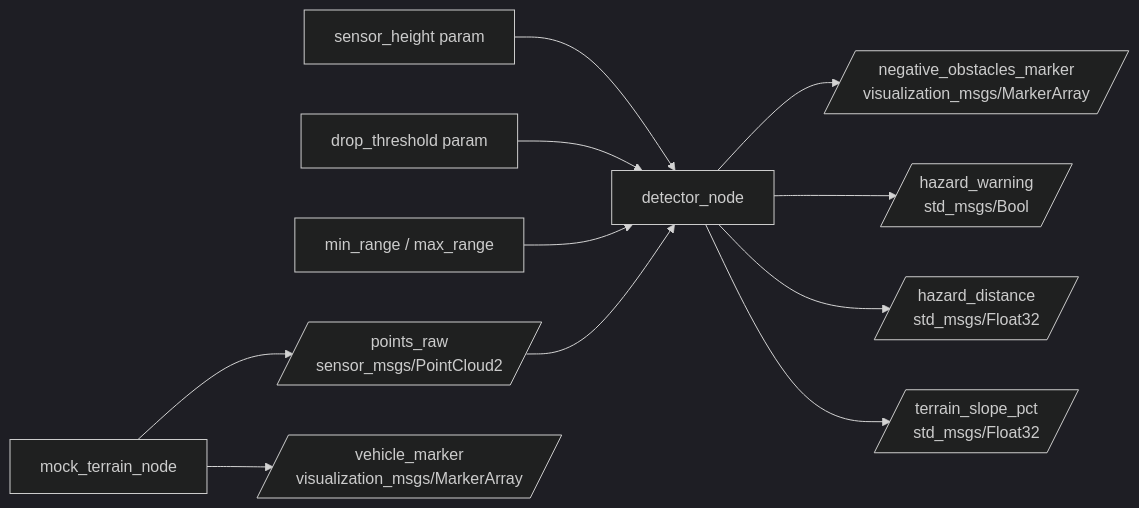
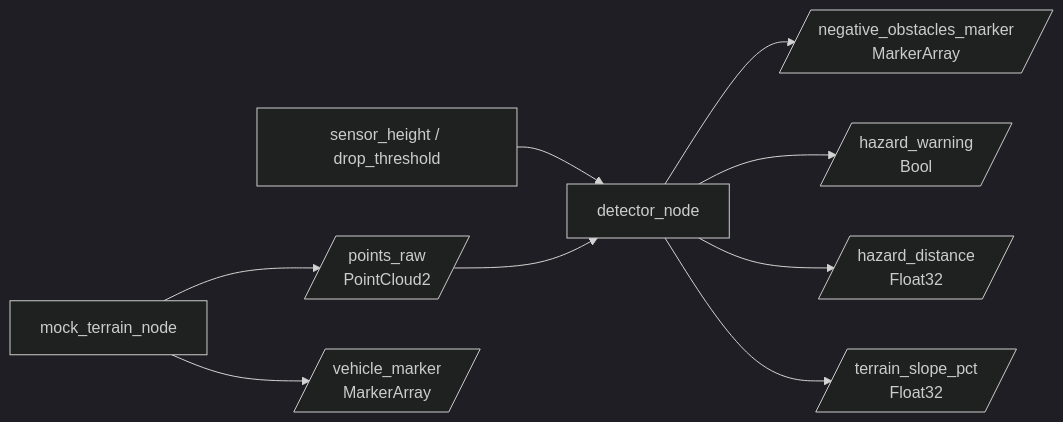
Before and after one commit to kiad018/negative_obstacle_detector: the diagram in README.md, drawn with Mermaid (dark theme). The commit also changed other lines of this file, not shown here.

````diff
--- a/README.md
+++ b/README.md
@@ -45,16 +32,13 @@
 ```mermaid
 graph LR
-    P1[sensor_height param] --> D[detector_node]
-    P2[drop_threshold param] --> D
-    P3[min_range / max_range] --> D
+    P1[sensor_height / drop_threshold] --> D[detector_node]
+    PC[/points_raw<br/>PointCloud2/] --> D
     
-    PC[/points_raw<br/>sensor_msgs/PointCloud2/] --> D
-    
-    D --> M[/negative_obstacles_marker<br/>visualization_msgs/MarkerArray/]
-    D --> W[/hazard_warning<br/>std_msgs/Bool/]
-    D --> DIST[/hazard_distance<br/>std_msgs/Float32/]
-    D --> SLP[/terrain_slope_pct<br/>std_msgs/Float32/]
+    D --> M[/negative_obstacles_marker<br/>MarkerArray/]
+    D --> W[/hazard_warning<br/>Bool/]
+    D --> DIST[/hazard_distance<br/>Float32/]
+    D --> SLP[/terrain_slope_pct<br/>Float32/]
     
     MOCK[mock_terrain_node] --> PC
-    MOCK --> CAR[/vehicle_marker<br/>visualization_msgs/MarkerArray/]
+    MOCK --> CAR[/vehicle_marker<br/>MarkerArray/]
 ```
````
